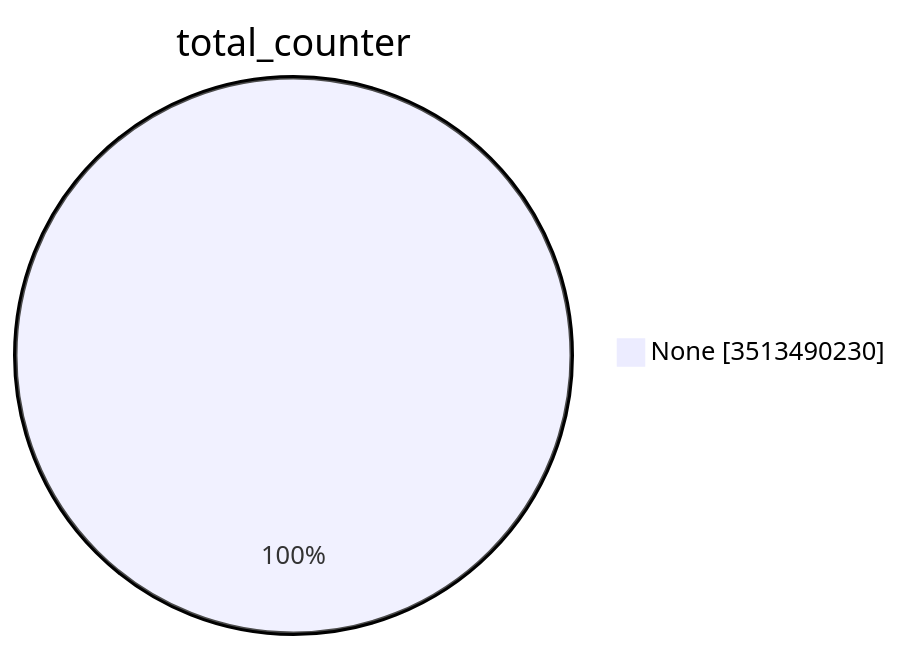
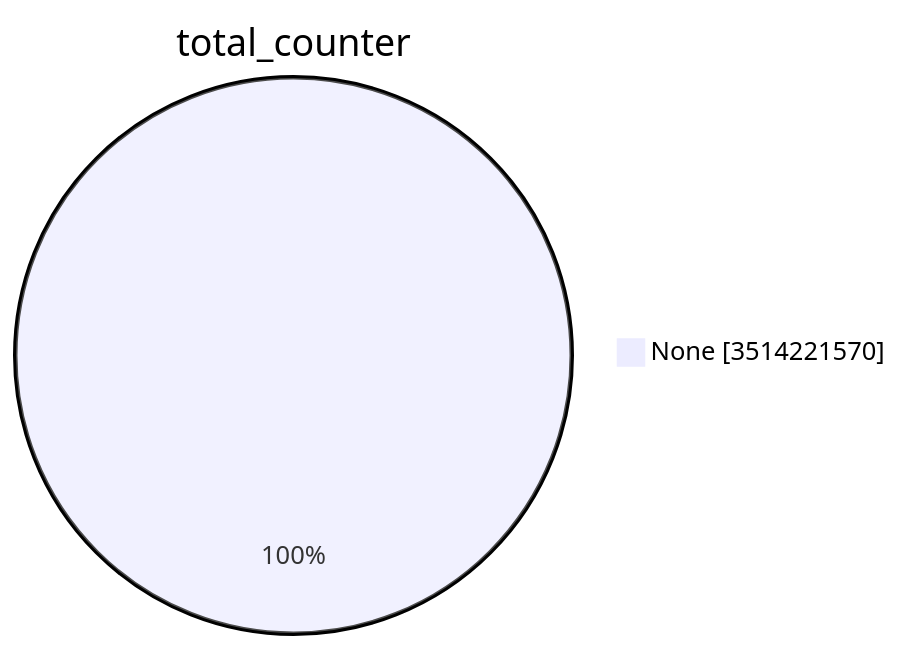
The first of 15 diagrams in TOTAL/README.md (christiankrug/ctmonitor_visualization), drawn with Mermaid before and after one commit. The commit also changed other lines of this file, not shown here.

````diff
--- a/TOTAL/README.md
+++ b/TOTAL/README.md
@@ -1,5 +1,5 @@
 ```mermaid
 pie showData
 title total_counter
-"None" :3513490230
+"None" :3514221570
 ```
````
